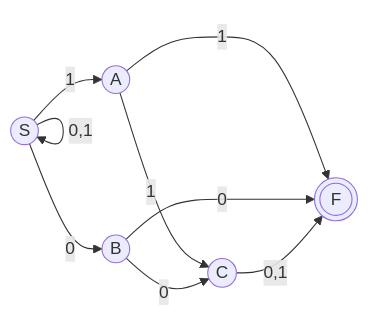
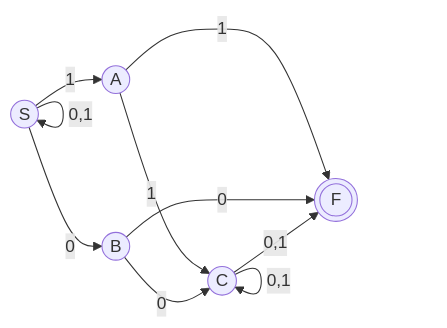
The first of 3 diagrams in hw/hw3.md (TangciuYueng/compiler-learning), drawn with Mermaid before and after one commit. The commit also changed other lines of this file and 1 other file, not shown here.

````diff
--- a/hw/hw3.md
+++ b/hw/hw3.md
@@ -2,11 +2,13 @@
 ```mermaid
 graph LR
     S((S)) -->|0,1| S
     S -->|1| A((A))
     S -->|0| B((B))
     A -->|1| C((C))
     B -->|0| C((C))
     A -->|1| F(((F)))
     B -->|0| F(((F)))
     C -->|0,1| F
+    C -->|0,1| C
+
 ```
````
